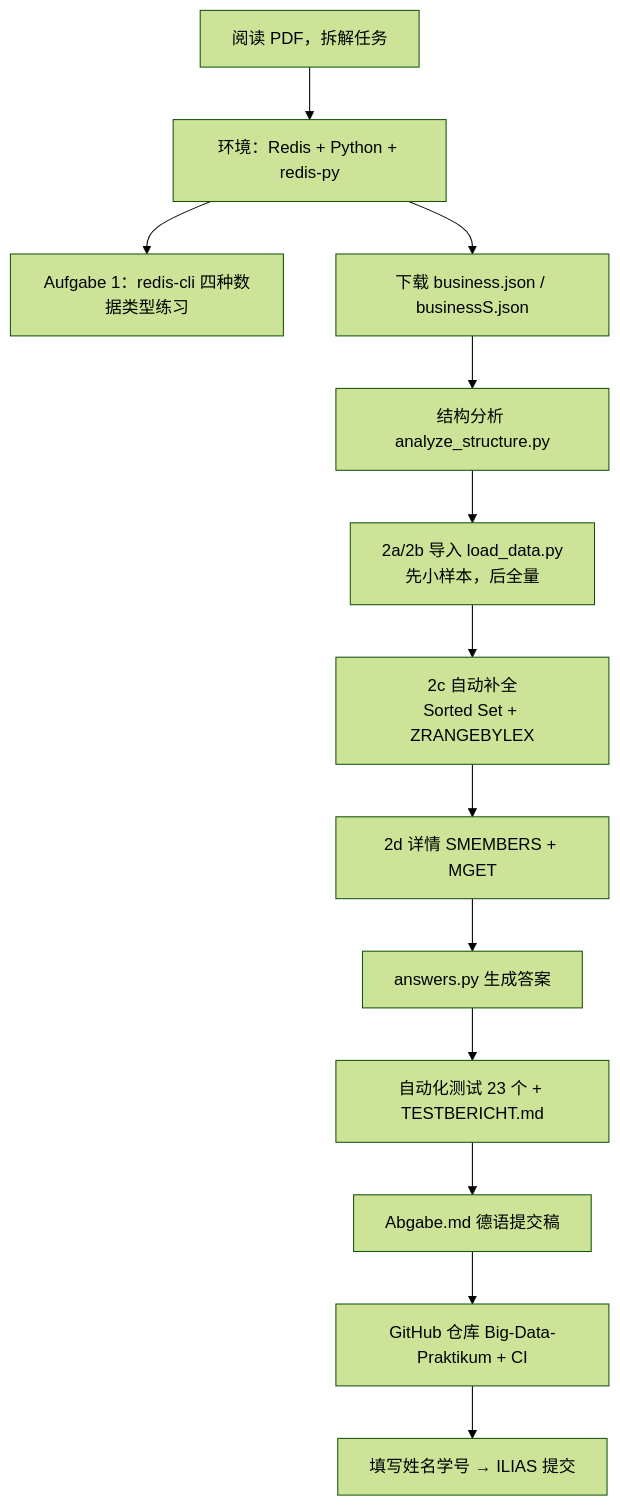
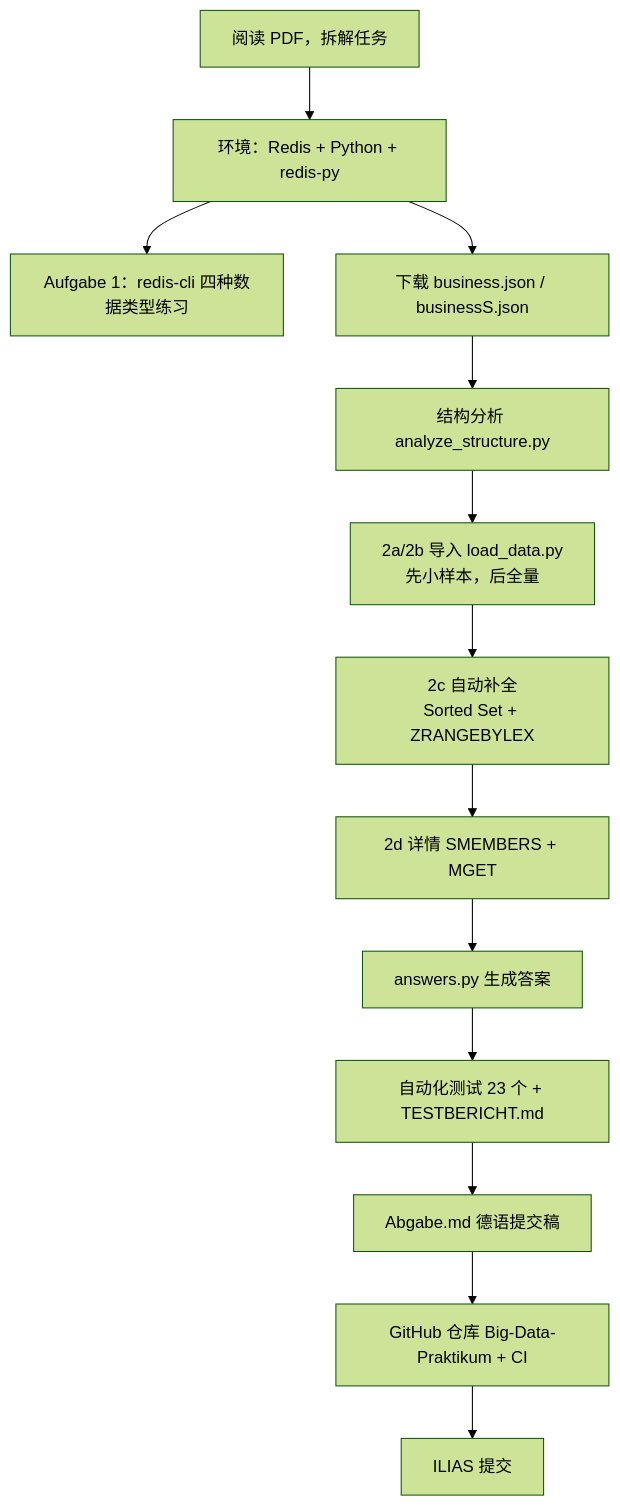
The diagram in Praktikum1/README.md (leonryuu29/Big-Data-Praktikum), drawn with Mermaid (forest theme) before and after one commit. The commit also changed other lines of this file and 1 other file, not shown here.

````diff
--- a/Praktikum1/README.md
+++ b/Praktikum1/README.md
@@ -25,15 +25,15 @@
 ```mermaid
 flowchart TD
     A[阅读 PDF，拆解任务] --> B[环境：Redis + Python + redis-py]
     B --> C[Aufgabe 1：redis-cli 四种数据类型练习]
     B --> D[下载 business.json / businessS.json]
     D --> E[结构分析 analyze_structure.py]
     E --> F[2a/2b 导入 load_data.py<br/>先小样本，后全量]
     F --> G[2c 自动补全<br/>Sorted Set + ZRANGEBYLEX]
     G --> H[2d 详情 SMEMBERS + MGET]
     H --> I[answers.py 生成答案]
     I --> J[自动化测试 23 个 + TESTBERICHT.md]
     J --> K[Abgabe.md 德语提交稿]
     K --> L[GitHub 仓库 Big-Data-Praktikum + CI]
-    L --> M[填写姓名学号 → ILIAS 提交]
+    L --> M[ILIAS 提交]
 ```
````
